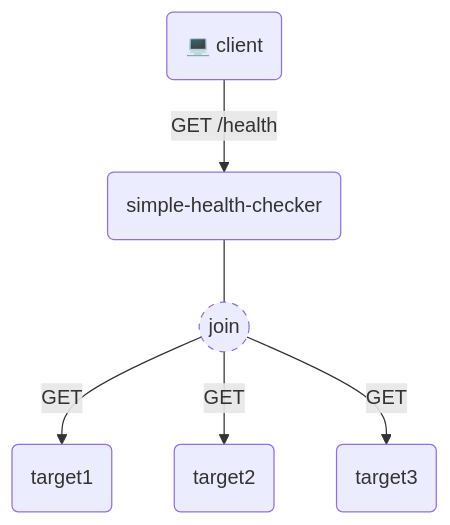
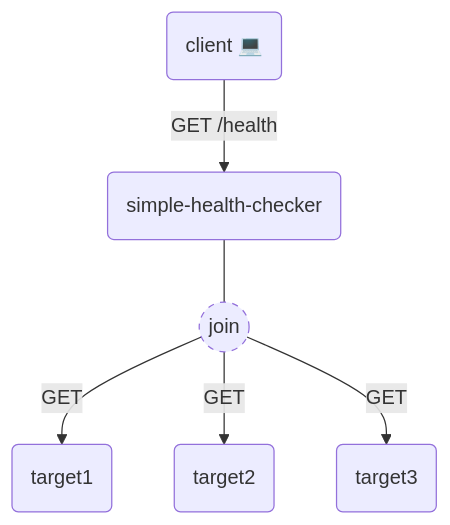
One commit to TzlilLevi/simple-health-checker changed the diagram in README.md. Above: the diagram before and after it, drawn with Mermaid.

Commit message:
improve mermaid graph

````diff
--- a/README.md
+++ b/README.md
@@ -4,17 +4,17 @@
 ```mermaid
 graph TD
-    client("💻 client")
+    client("client 💻")
     server(simple-health-checker)
     target1(target1)
     target2(target2)
     target3(target3)
     join((join))
 
     client --GET /health-->server
     server---join
     join --GET--> target1
     join --GET--> target2
     join --GET--> target3
 
     style join stroke-dasharray: 5 5
 ```
````
